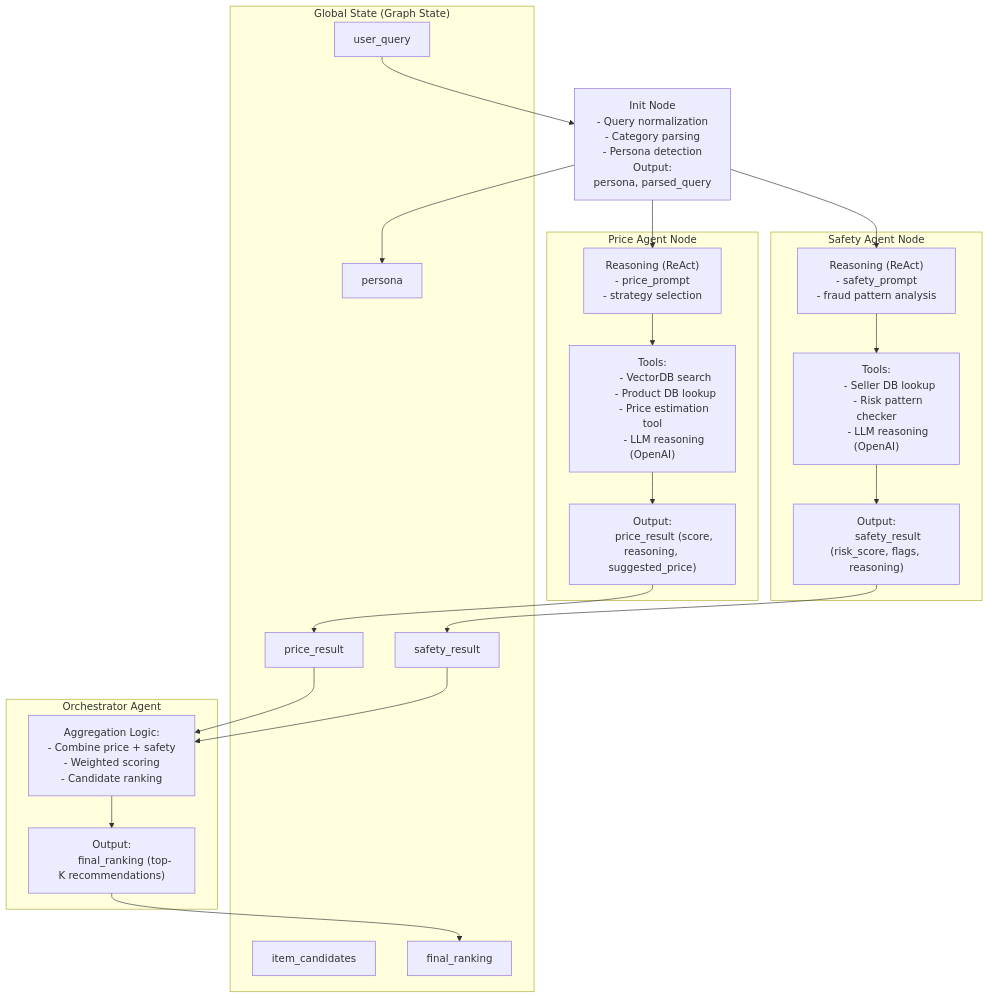
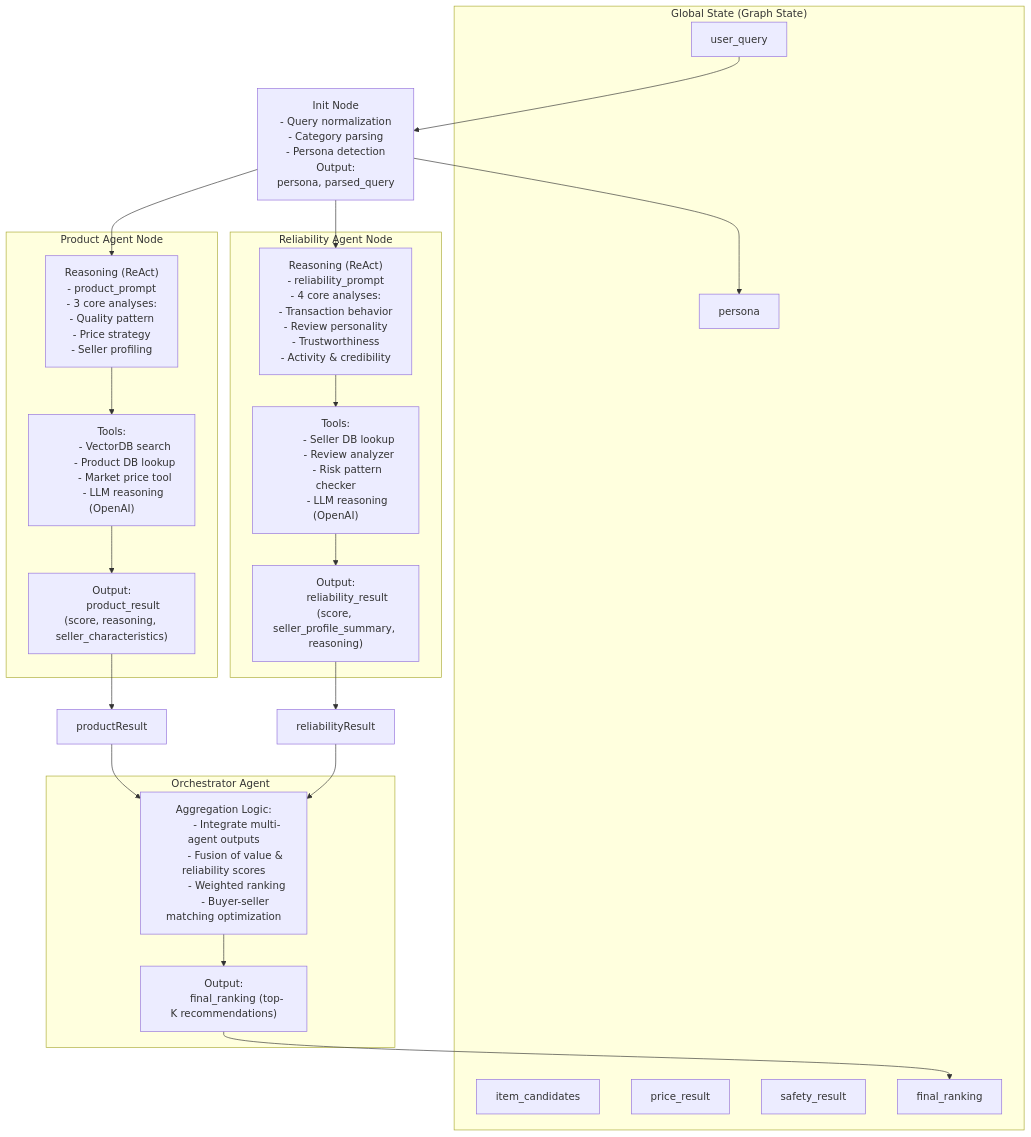
One commit to leeeeese/ReCo changed the diagram in Agent Workflow.mmd. Above: the diagram before and after it, drawn with Mermaid. The commit also changed 8 other files, not shown here.

Commit message:
agent node 변경에 따른 구조 개선

```diff
--- a/Agent Workflow.mmd
+++ b/Agent Workflow.mmd
@@ -1,83 +1,92 @@
 flowchart TB
 
     %% =======================
     %% 1) INPUT & SHARED STATE
     %% =======================
     subgraph SharedState["Global State (Graph State)"]
         userQuery["user_query"]
         persona["persona"]
         itemCandidates["item_candidates"]
         priceResult["price_result"]
         safetyResult["safety_result"]
         finalRanking["final_ranking"]
     end
 
     %% =======================
     %% 2) INIT NODE
     %% =======================
     initNode["Init Node
     - Query normalization
     - Category parsing
     - Persona detection
     Output:
       persona, parsed_query"]
 
     %% =======================
-    %% 3) PRICE AGENT
+    %% 3) PRODUCT AGENT
     %% =======================
-    subgraph PriceAgent["Price Agent Node"]
-        priceReason["Reasoning (ReAct)
-        - price_prompt
-        - strategy selection"]
-        priceTools["Tools:
+    subgraph ProductAgent["Product Agent Node"]
+        productReason["Reasoning (ReAct)
+        - product_prompt
+        - 3 core analyses:
+          - Quality pattern
+          - Price strategy
+          - Seller profiling"]
+        productTools["Tools:
         - VectorDB search
         - Product DB lookup
-        - Price estimation tool
+        - Market price tool
         - LLM reasoning (OpenAI)"]
-        priceOutput["Output:
-        price_result (score, reasoning, suggested_price)"]
+        productOutput["Output:
+        product_result (score, reasoning, seller_characteristics)"]
     end
 
     %% =======================
-    %% 4) SAFETY AGENT
+    %% 4) RELIABILITY AGENT
     %% =======================
-    subgraph SafetyAgent["Safety Agent Node"]
-        safetyReason["Reasoning (ReAct)
-        - safety_prompt
-        - fraud pattern analysis"]
-        safetyTools["Tools:
+    subgraph ReliabilityAgent["Reliability Agent Node"]
+        reliabilityReason["Reasoning (ReAct)
+        - reliability_prompt
+        - 4 core analyses:
+          - Transaction behavior
+          - Review personality
+          - Trustworthiness
+          - Activity & credibility"]
+        reliabilityTools["Tools:
         - Seller DB lookup
+        - Review analyzer
         - Risk pattern checker
         - LLM reasoning (OpenAI)"]
-        safetyOutput["Output:
-        safety_result (risk_score, flags, reasoning)"]
+        reliabilityOutput["Output:
+        reliability_result (score, seller_profile_summary, reasoning)"]
     end
 
     %% =======================
     %% 5) ORCHESTRATOR AGENT
     %% =======================
     subgraph Orchestrator["Orchestrator Agent"]
         mergeNode["Aggregation Logic:
-        - Combine price + safety
-        - Weighted scoring
-        - Candidate ranking"]
+        - Integrate multi-agent outputs
+        - Fusion of value & reliability scores
+        - Weighted ranking
+        - Buyer-seller matching optimization"]
         finalOutput["Output:
         final_ranking (top-K recommendations)"]
     end
 
     %% =======================
     %% DATA FLOW
     %% =======================
 
     userQuery --> initNode --> persona
 
-    initNode --> priceReason
-    initNode --> safetyReason
+    initNode --> productReason
+    initNode --> reliabilityReason
 
-    priceReason --> priceTools --> priceOutput --> priceResult
-    safetyReason --> safetyTools --> safetyOutput --> safetyResult
+    productReason --> productTools --> productOutput --> productResult
+    reliabilityReason --> reliabilityTools --> reliabilityOutput --> reliabilityResult
 
-    priceResult --> mergeNode
-    safetyResult --> mergeNode
+    productResult --> mergeNode
+    reliabilityResult --> mergeNode
 
     mergeNode --> finalOutput --> finalRanking
```
